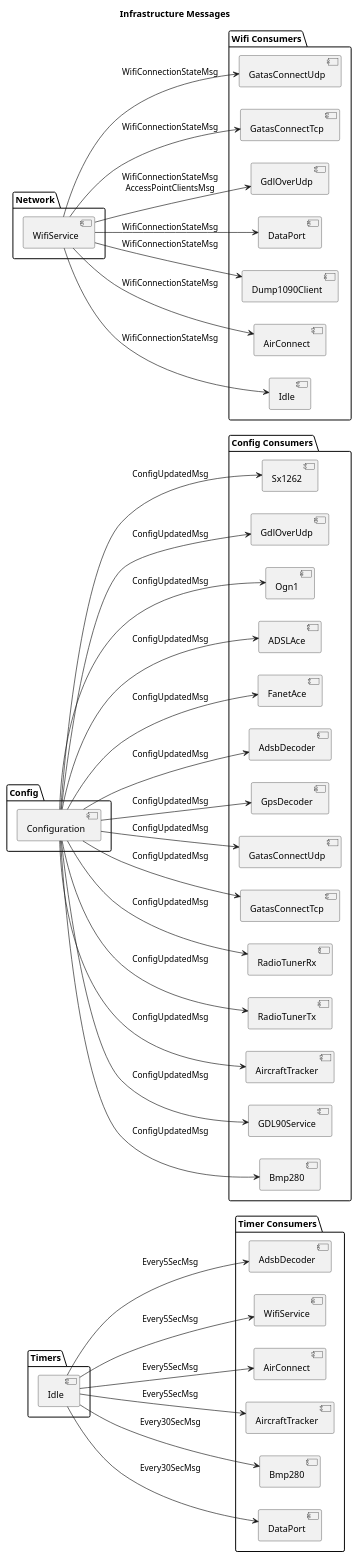
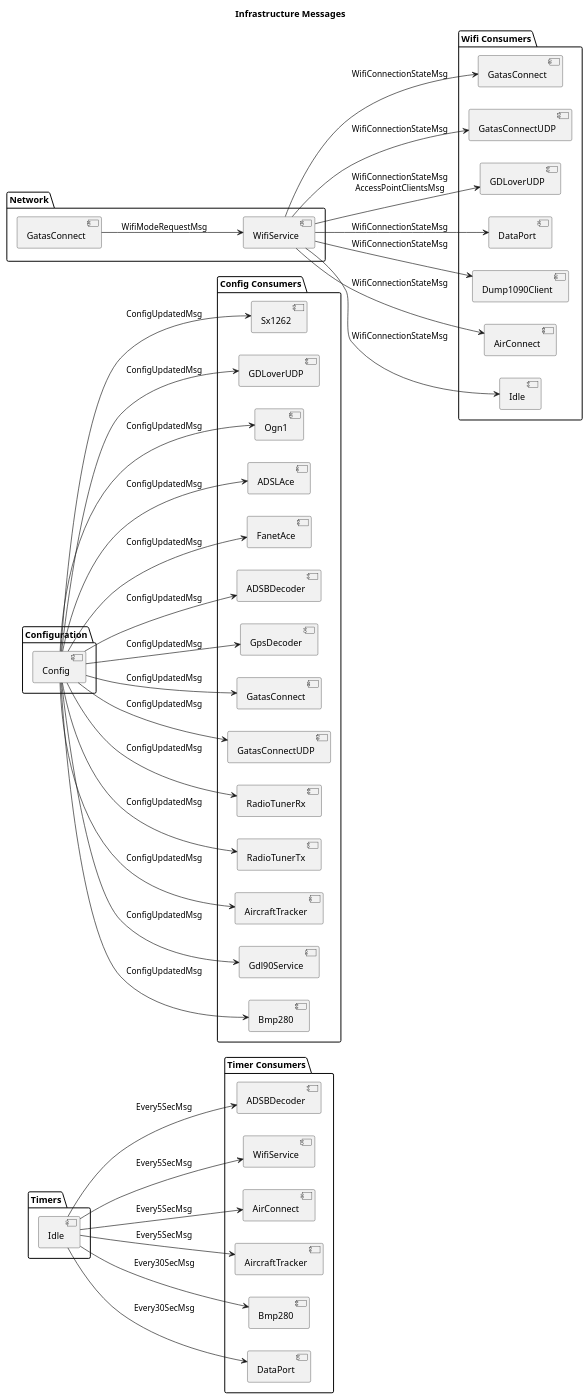
The seventh of 7 diagrams in doc/message-bus.md (Duke306/openace), drawn with PlantUML before and after one commit. The commit also changed other lines of this file and 85 other files, not shown here.

```diff
--- a/doc/message-bus.md
+++ b/doc/message-bus.md
@@ -324,16 +348,17 @@
     [Idle]
 }
 
-package "Config" {
-    [Configuration]
+package "Configuration" {
+    [Config]
 }
 
 package "Network" {
     [WifiService]
+    [GatasConnect] as GC4
 }
 
 package "Timer Consumers" {
-    [AdsbDecoder]
+    [ADSBDecoder]
     [WifiService] as WS2
     [AirConnect]
     [AircraftTracker]
@@ -343,55 +368,56 @@
 
 package "Config Consumers" {
     [Sx1262]
-    [GdlOverUdp]
+    [GDLoverUDP]
     [Ogn1]
     [ADSLAce]
     [FanetAce]
-    [AdsbDecoder] as AD2
+    [ADSBDecoder] as AD2
     [GpsDecoder]
-    [GatasConnectUdp]
-    [GatasConnectTcp]
+    [GatasConnect] as GC2
+    [GatasConnectUDP]
     [RadioTunerRx]
     [RadioTunerTx]
     [AircraftTracker] as AT2
-    [GDL90Service]
+    [Gdl90Service]
     [Bmp280] as BMP2
 }
 
 package "Wifi Consumers" {
-    [GatasConnectUdp] as GU2
-    [GatasConnectTcp] as GT2
-    [GdlOverUdp] as GO2
+    [GatasConnect] as GC3
+    [GatasConnectUDP] as GU2
+    [GDLoverUDP] as GO2
     [DataPort] as DP2
     [Dump1090Client]
     [AirConnect] as AC2
     [Idle] as I2
 }
 
-[Idle] --> [AdsbDecoder] : Every5SecMsg
+[Idle] --> [ADSBDecoder] : Every5SecMsg
 [Idle] --> [WS2] : Every5SecMsg
 [Idle] --> [AirConnect] : Every5SecMsg
 [Idle] --> [AircraftTracker] : Every5SecMsg
 [Idle] --> [Bmp280] : Every30SecMsg
 [Idle] --> [DataPort] : Every30SecMsg
 
-[Configuration] --> [Sx1262] : ConfigUpdatedMsg
-[Configuration] --> [GdlOverUdp] : ConfigUpdatedMsg
-[Configuration] --> [Ogn1] : ConfigUpdatedMsg
-[Configuration] --> [ADSLAce] : ConfigUpdatedMsg
-[Configuration] --> [FanetAce] : ConfigUpdatedMsg
-[Configuration] --> [AD2] : ConfigUpdatedMsg
-[Configuration] --> [GpsDecoder] : ConfigUpdatedMsg
-[Configuration] --> [GatasConnectUdp] : ConfigUpdatedMsg
-[Configuration] --> [GatasConnectTcp] : ConfigUpdatedMsg
-[Configuration] --> [RadioTunerRx] : ConfigUpdatedMsg
-[Configuration] --> [RadioTunerTx] : ConfigUpdatedMsg
-[Configuration] --> [AT2] : ConfigUpdatedMsg
-[Configuration] --> [GDL90Service] : ConfigUpdatedMsg
-[Configuration] --> [BMP2] : ConfigUpdatedMsg
+[Config] --> [Sx1262] : ConfigUpdatedMsg
+[Config] --> [GDLoverUDP] : ConfigUpdatedMsg
+[Config] --> [Ogn1] : ConfigUpdatedMsg
+[Config] --> [ADSLAce] : ConfigUpdatedMsg
+[Config] --> [FanetAce] : ConfigUpdatedMsg
+[Config] --> [AD2] : ConfigUpdatedMsg
+[Config] --> [GpsDecoder] : ConfigUpdatedMsg
+[Config] --> [GC2] : ConfigUpdatedMsg
+[Config] --> [GatasConnectUDP] : ConfigUpdatedMsg
+[Config] --> [RadioTunerRx] : ConfigUpdatedMsg
+[Config] --> [RadioTunerTx] : ConfigUpdatedMsg
+[Config] --> [AT2] : ConfigUpdatedMsg
+[Config] --> [Gdl90Service] : ConfigUpdatedMsg
+[Config] --> [BMP2] : ConfigUpdatedMsg
 
+[GC4] --> [WifiService] : WifiModeRequestMsg
+[WifiService] --> [GC3] : WifiConnectionStateMsg
 [WifiService] --> [GU2] : WifiConnectionStateMsg
-[WifiService] --> [GT2] : WifiConnectionStateMsg
 [WifiService] --> [GO2] : WifiConnectionStateMsg\nAccessPointClientsMsg
 [WifiService] --> [DP2] : WifiConnectionStateMsg
 [WifiService] --> [Dump1090Client] : WifiConnectionStateMsg
```
